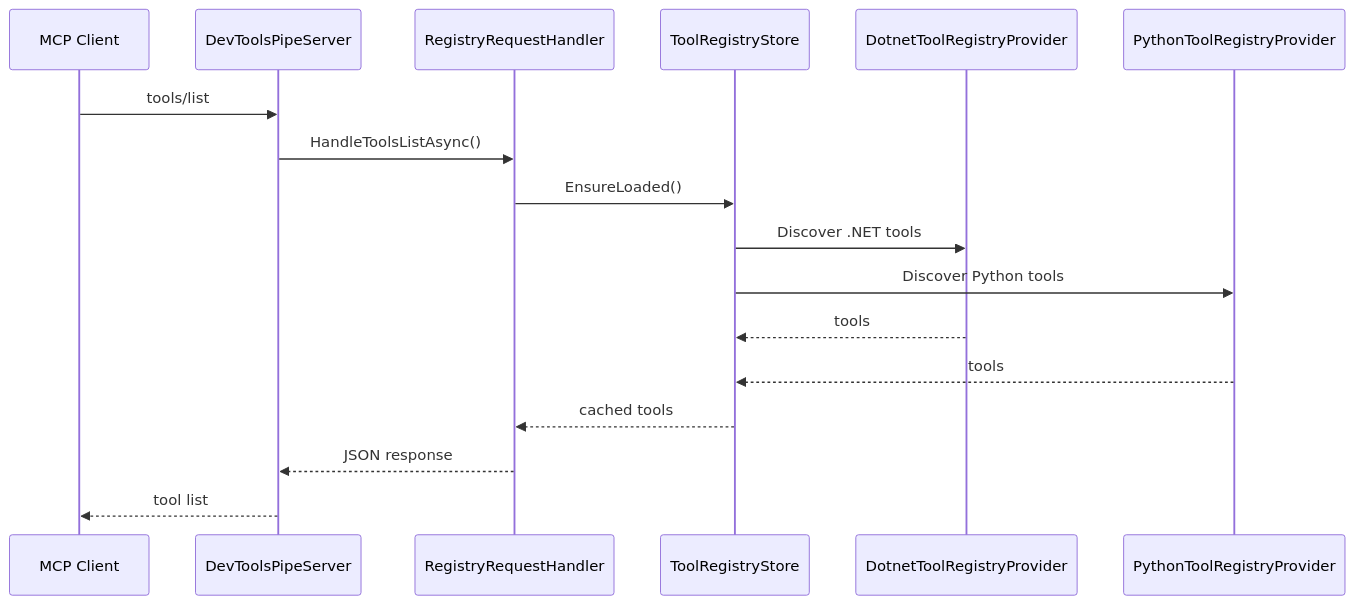
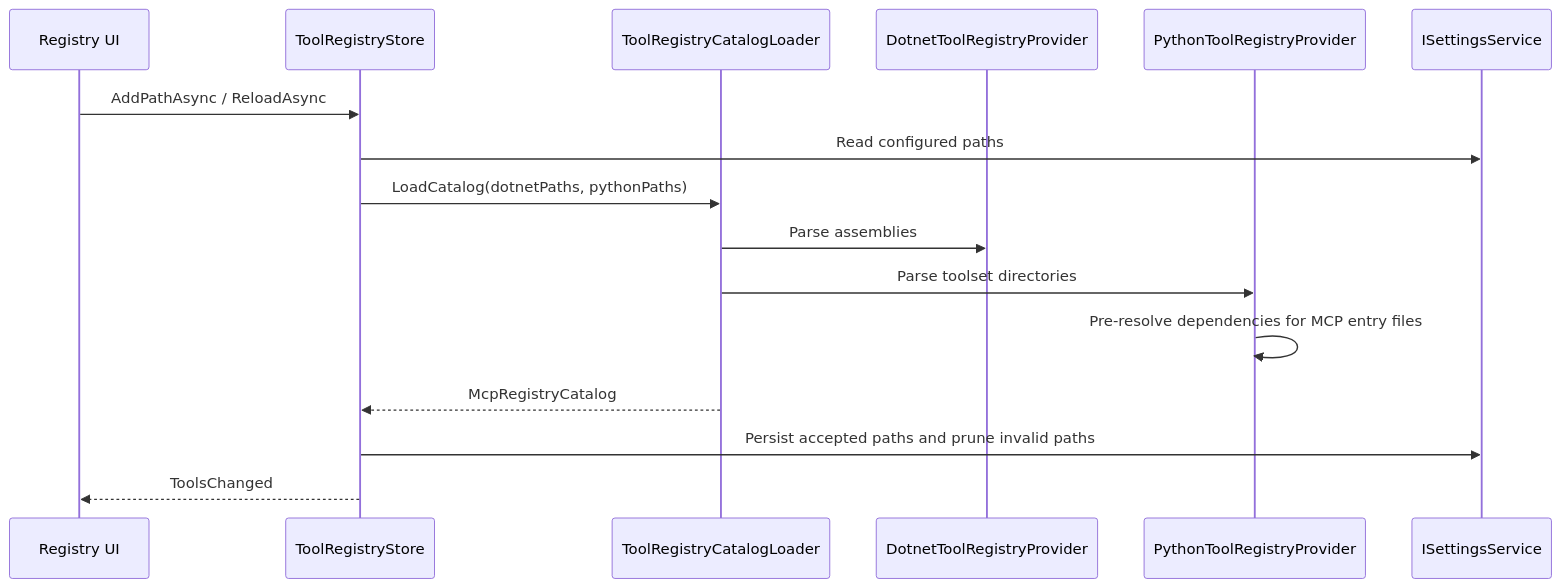
The second of 2 diagrams in docs/MCP/README.md (trgiangv/RevitDevTool), drawn with Mermaid before and after one commit. The commit also changed other lines of this file and 62 other files, not shown here.

First line of the commit message:
docs(agents): update documentation for module architecture and execution system

````diff
--- a/docs/MCP/README.md
+++ b/docs/MCP/README.md
@@ -100,20 +65,19 @@
 ```mermaid
 sequenceDiagram
-    participant Client as MCP Client
-    participant Pipe as DevToolsPipeServer
-    participant Handler as RegistryRequestHandler
+    participant UI as Registry UI
     participant Store as ToolRegistryStore
-    participant DotNet as DotnetToolRegistryProvider
+    participant Loader as ToolRegistryCatalogLoader
+    participant Dotnet as DotnetToolRegistryProvider
     participant Python as PythonToolRegistryProvider
+    participant Settings as ISettingsService
 
-    Client->>Pipe: tools/list
-    Pipe->>Handler: HandleToolsListAsync()
-    Handler->>Store: EnsureLoaded()
-    Store->>DotNet: Discover .NET tools
-    Store->>Python: Discover Python tools
-    DotNet-->>Store: tools
-    Python-->>Store: tools
-    Store-->>Handler: cached tools
-    Handler-->>Pipe: JSON response
-    Pipe-->>Client: tool list
+    UI->>Store: AddPathAsync / ReloadAsync
+    Store->>Settings: Read configured paths
+    Store->>Loader: LoadCatalog(dotnetPaths, pythonPaths)
+    Loader->>Dotnet: Parse assemblies
+    Loader->>Python: Parse toolset directories
+    Python->>Python: Pre-resolve dependencies for MCP entry files
+    Loader-->>Store: McpRegistryCatalog
+    Store->>Settings: Persist accepted paths and prune invalid paths
+    Store-->>UI: ToolsChanged
 ```
````
